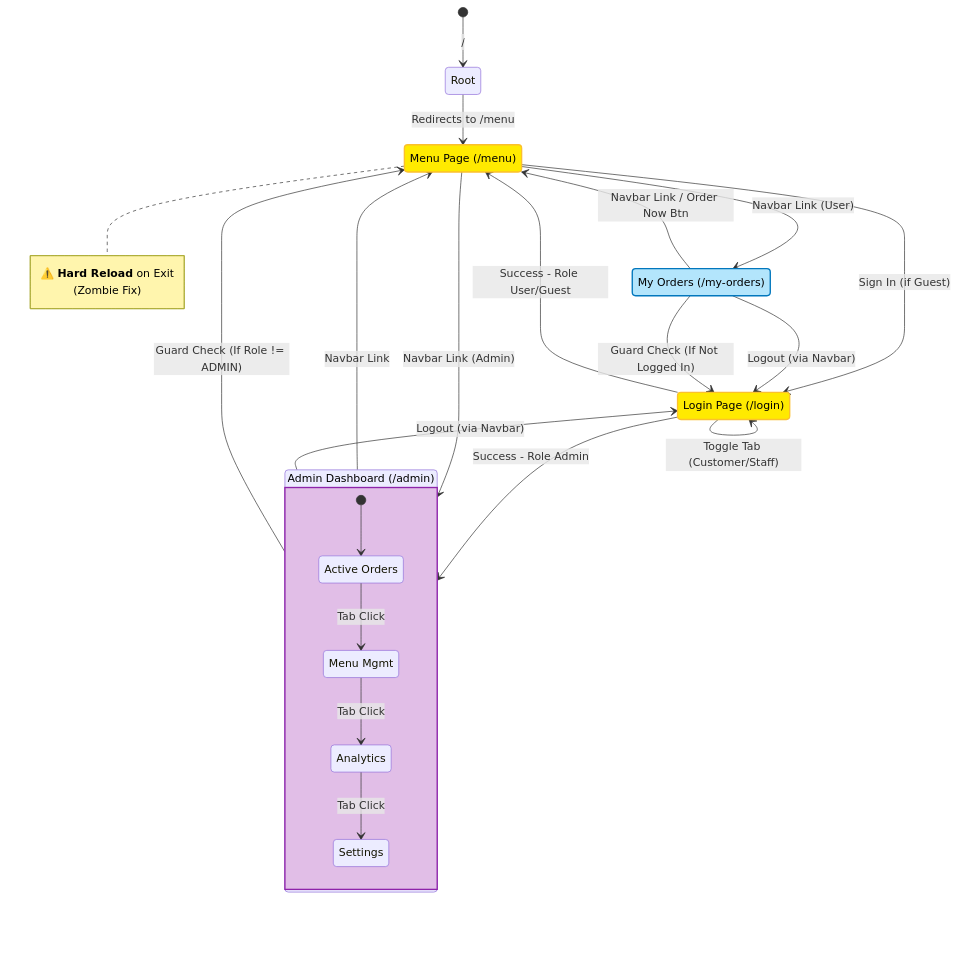
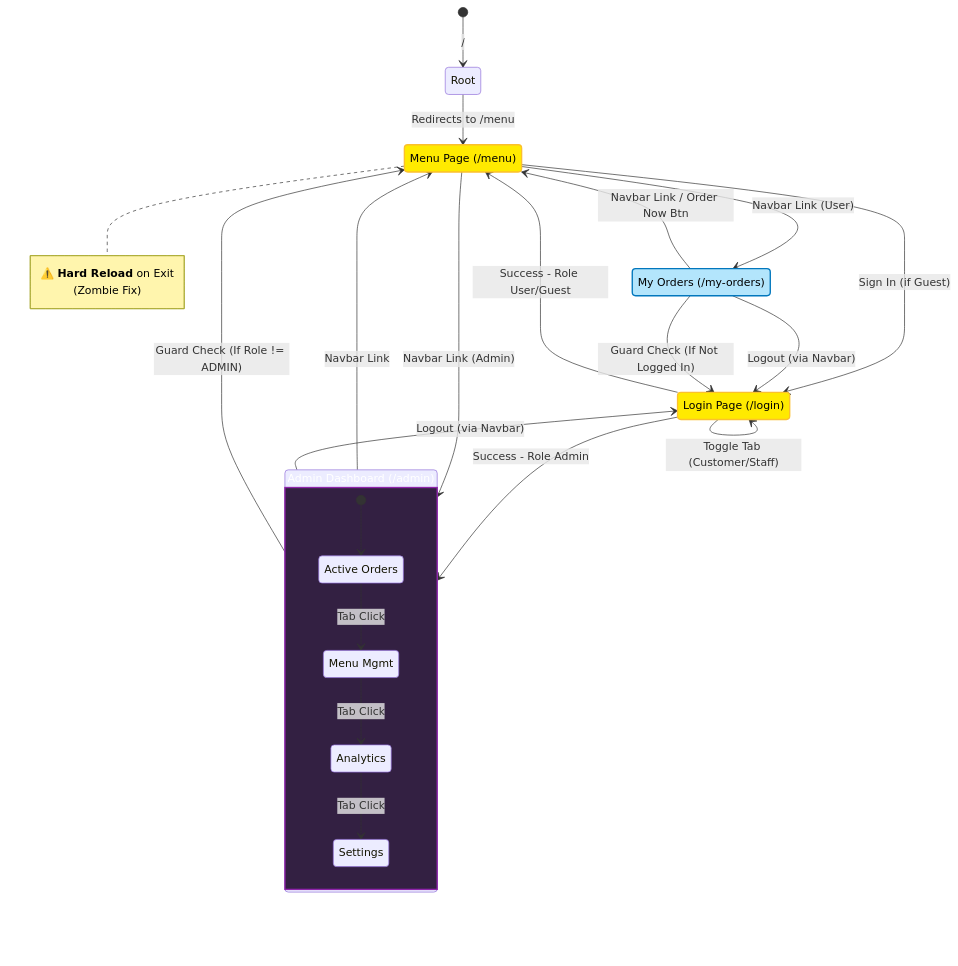
One commit to itshard2name-gmail/mini-restaurant-app changed the diagram in docs/FRONTEND_FLOW.md. Above: the diagram before and after it, drawn with Mermaid.

Commit message:
docs: adjust admin block colors for accessibility

````diff
--- a/docs/FRONTEND_FLOW.md
+++ b/docs/FRONTEND_FLOW.md
@@ -15,58 +15,58 @@
 ```mermaid
 stateDiagram-v2
     classDef shared fill:#ffea00,color:#000,stroke:#fbc02d,stroke-width:2px;
-    classDef admin fill:#e1bee7,color:#000,stroke:#8e24aa,stroke-width:2px;
+    classDef admin fill:#332042,color:#fff,stroke:#8e24aa,stroke-width:2px;
     classDef user fill:#b3e5fc,color:#000,stroke:#0277bd,stroke-width:2px;
 
     [*] --> Root: /
     Root --> MenuPage: Redirects to /menu
 
     state "Login Page (/login)" as Login
     state "Menu Page (/menu)" as MenuPage
     state "My Orders (/my-orders)" as MyOrders
     state "Admin Dashboard (/admin)" as AdminDashboard
 
     %% --- Login Flow ---
     Login --> Login: Toggle Tab (Customer/Staff)
     Login --> MenuPage: Success - Role User/Guest
     Login --> AdminDashboard: Success - Role Admin
 
     %% --- Navigation Bar (Global) ---
     MenuPage --> Login: Sign In (if Guest)
     MenuPage --> MyOrders: Navbar Link (User)
     MenuPage --> AdminDashboard: Navbar Link (Admin)
     
     MyOrders --> MenuPage: Navbar Link / Order Now Btn
     MyOrders --> Login: Logout (via Navbar)
 
     AdminDashboard --> MenuPage: Navbar Link
     AdminDashboard --> Login: Logout (via Navbar)
 
     %% --- Internal States: Admin Dashboard ---
     state AdminDashboard {
         [*] --> OrdersTab
         state "Active Orders" as OrdersTab
         state "Menu Mgmt" as MenuTab
         state "Analytics" as AnalyticsTab
         state "Settings" as SettingsTab
 
         OrdersTab --> MenuTab: Tab Click
         MenuTab --> AnalyticsTab: Tab Click
         AnalyticsTab --> SettingsTab: Tab Click
     }
 
     %% --- Edge Cases / Guards ---
     AdminDashboard --> MenuPage: Guard Check (If Role != ADMIN)
     MyOrders --> Login: Guard Check (If Not Logged In)
     
     %% --- Sub-App Specifics ---
     note right of MenuPage
         ⚠️ **Hard Reload** on Exit
         (Zombie Fix)
     end note
 
     class Login shared
     class MenuPage shared
     class AdminDashboard admin
     class MyOrders user
 ```
````
